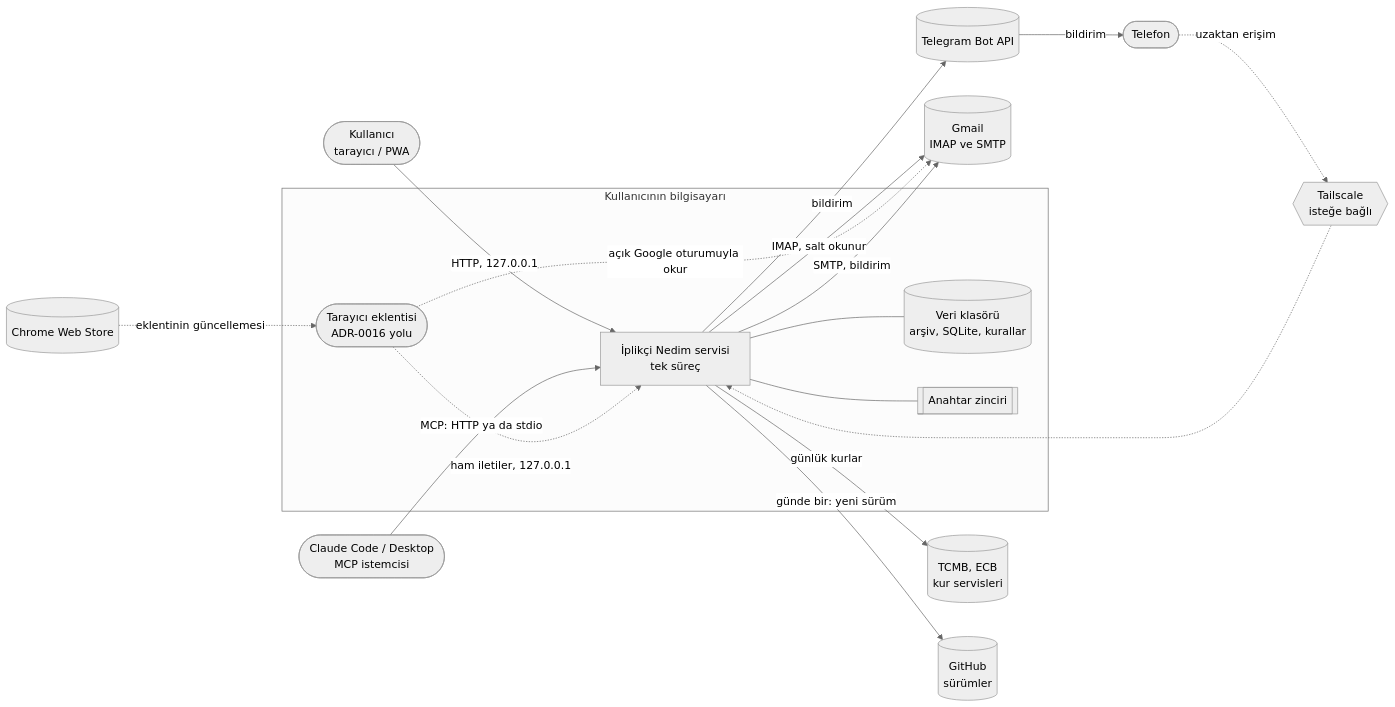
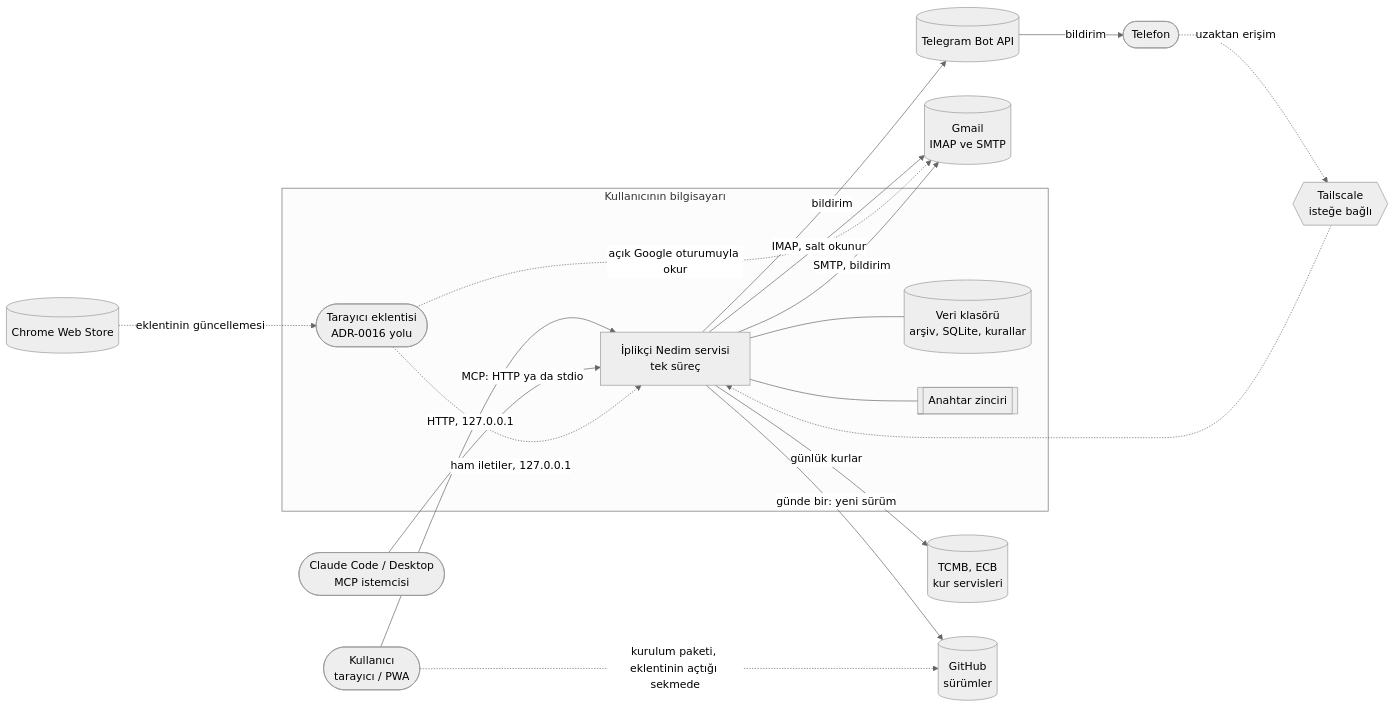
One commit to msaidbilgehan/iplikci-nedim changed the first of 4 diagrams in docs/v1/architecture.md. Above: the diagram before and after it, drawn with Mermaid (neutral theme). The commit also changed other lines of this file and 38 other files, not shown here.

````diff
--- a/docs/v1/architecture.md
+++ b/docs/v1/architecture.md
@@ -98,32 +98,33 @@
 ```mermaid
 flowchart LR
   user([Kullanıcı<br/>tarayıcı / PWA])
   claude([Claude Code / Desktop<br/>MCP istemcisi])
   phone([Telefon])
   subgraph mac[Kullanıcının bilgisayarı]
     svc[İplikçi Nedim servisi<br/>tek süreç]
     data[(Veri klasörü<br/>arşiv, SQLite, kurallar)]
     kc[[Anahtar zinciri]]
     ext([Tarayıcı eklentisi<br/>ADR-0016 yolu])
   end
   gmail[(Gmail<br/>IMAP ve SMTP)]
   tg[(Telegram Bot API)]
   fx[(TCMB, ECB<br/>kur servisleri)]
   gh[(GitHub<br/>sürümler)]
   cws[(Chrome Web Store)]
   ts{{Tailscale<br/>isteğe bağlı}}
   user -- "HTTP, 127.0.0.1" --> svc
   claude -- "MCP: HTTP ya da stdio" --> svc
   svc --- data
   svc --- kc
   svc -- "IMAP, salt okunur" --> gmail
   ext -. "açık Google oturumuyla okur" .-> gmail
   ext -. "ham iletiler, 127.0.0.1" .-> svc
   svc -- "SMTP, bildirim" --> gmail
   svc -- "bildirim" --> tg
   svc -- "günlük kurlar" --> fx
   svc -- "günde bir: yeni sürüm" --> gh
+  user -. "kurulum paketi, eklentinin açtığı sekmede" .-> gh
   cws -. "eklentinin güncellemesi" .-> ext
   tg -- "bildirim" --> phone
   phone -. "uzaktan erişim" .-> ts -.-> svc
 ```
````
